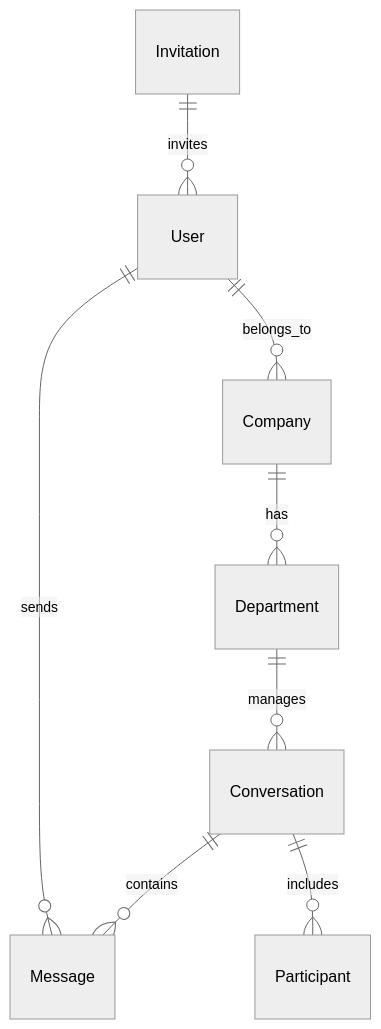
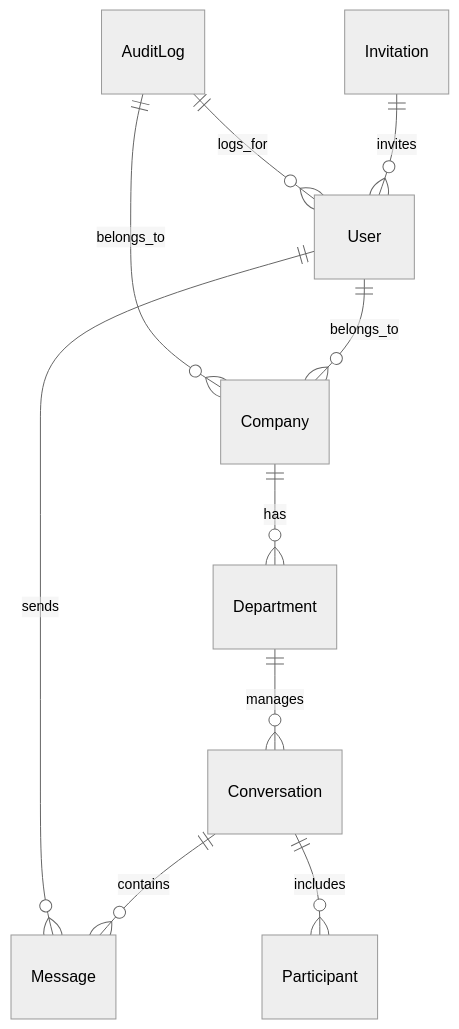
The fifth of 7 diagrams in ARCHITECTURE.md (BasilAboSaleem/TokDesk-v2), drawn with Mermaid (neutral theme) before and after one commit. The commit also changed other lines of this file, not shown here.

First line of the commit message:
docs(architecture): update TokDesk v2 architecture after adding models

````diff
--- a/ARCHITECTURE.md
+++ b/ARCHITECTURE.md
@@ -137,10 +149,12 @@
 ```mermaid
 erDiagram
     User ||--o{ Company : belongs_to
     Company ||--o{ Department : has
     Department ||--o{ Conversation : manages
     Conversation ||--o{ Message : contains
     Conversation ||--o{ Participant : includes
     User ||--o{ Message : sends
     Invitation ||--o{ User : invites
+    AuditLog ||--o{ User : logs_for
+    AuditLog ||--o{ Company : belongs_to
 ```
````
